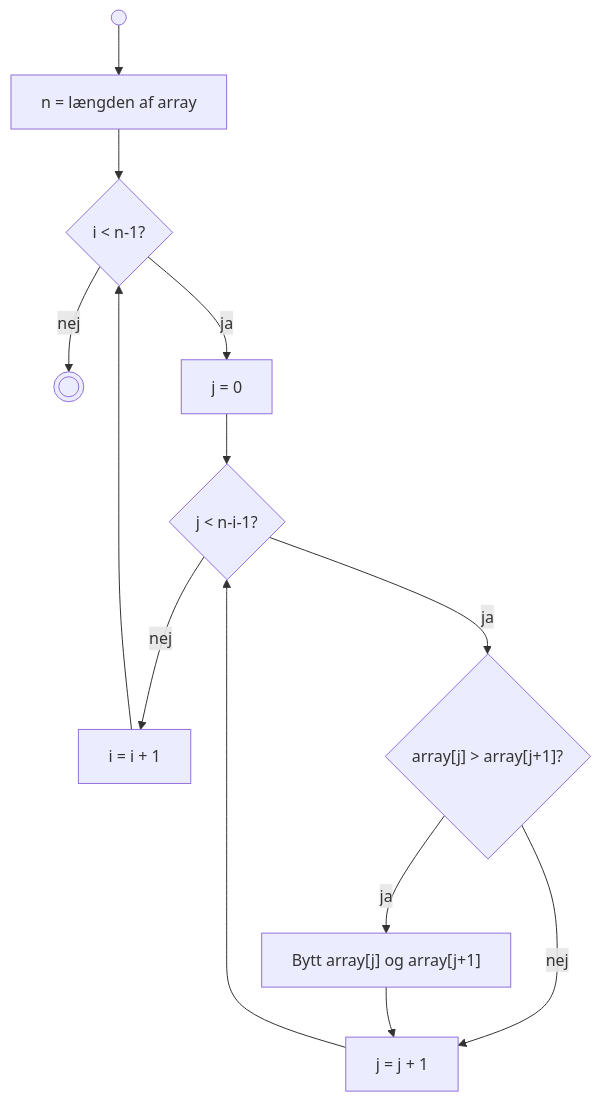
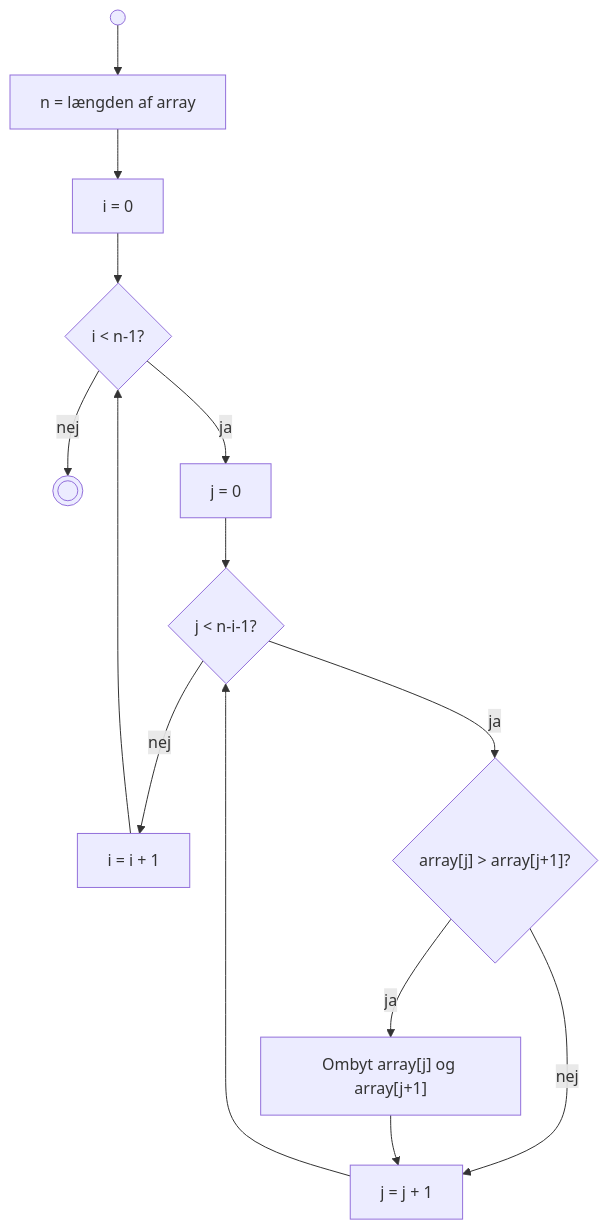
One commit to CheMical/DAT-GBG-DA-E26AB changed the diagram in resources/bubble-sort.md. Above: the diagram before and after it, drawn with Mermaid. The commit also changed other lines of this file, not shown here.

Commit message:
Initialiser i i flowchart og ændre "bytt" til "ombyt" Co-authored-by: CheMical <936903+CheMical@users.noreply.github.com>

````diff
--- a/resources/bubble-sort.md
+++ b/resources/bubble-sort.md
@@ -66,15 +70,16 @@
 ```mermaid
 flowchart TD
     S(( )) --> I["n = længden af array"]
-    I --> O1{"i &lt; n-1?"}
+    I --> I_INIT["i = 0"]
+    I_INIT --> O1{"i &lt; n-1?"}
     O1 -->|nej| E((( )))
     O1 -->|ja| J["j = 0"]
     J --> O2{"j &lt; n-i-1?"}
     O2 -->|nej| INC1["i = i + 1"]
     INC1 --> O1
     O2 -->|ja| CMP{"array[j] &gt; array[j+1]?"}
-    CMP -->|ja| SWAP["Bytt array[j] og array[j+1]"]
+    CMP -->|ja| SWAP["Ombyt array[j] og array[j+1]"]
     CMP -->|nej| INC2["j = j + 1"]
     SWAP --> INC2
     INC2 --> O2
 ```
````
